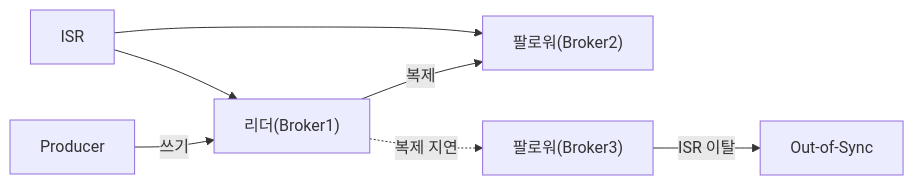
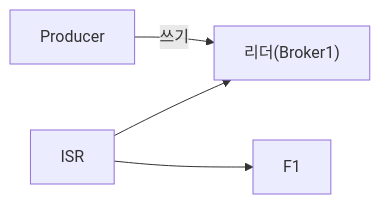
Before and after one commit to yjkim2015/yjkim2015.github.io: the sixth of 11 diagrams in _posts/kafka/2026-05-02-kafka-deep.md, drawn with Mermaid. The commit also changed other lines of this file and 132 other files, not shown here.

First line of the commit message:
Mermaid 다이어그램 가독성 정리: 단순 제거, 노드 축소, TD→LR 변환

````diff
--- a/_posts/kafka/2026-05-02-kafka-deep.md
+++ b/_posts/kafka/2026-05-02-kafka-deep.md
@@ -296,8 +296,5 @@
 ```mermaid
 graph LR
     P["Producer"] -->|"쓰기"| L["리더(Broker1)"]
-    L -->|"복제"| F1["팔로워(Broker2)"]
-    L -.->|"복제 지연"| F2["팔로워(Broker3)"]
-    F2 -->|"ISR 이탈"| OOS["Out-of-Sync"]
     ISR["ISR"] --> L & F1
 ```
````
